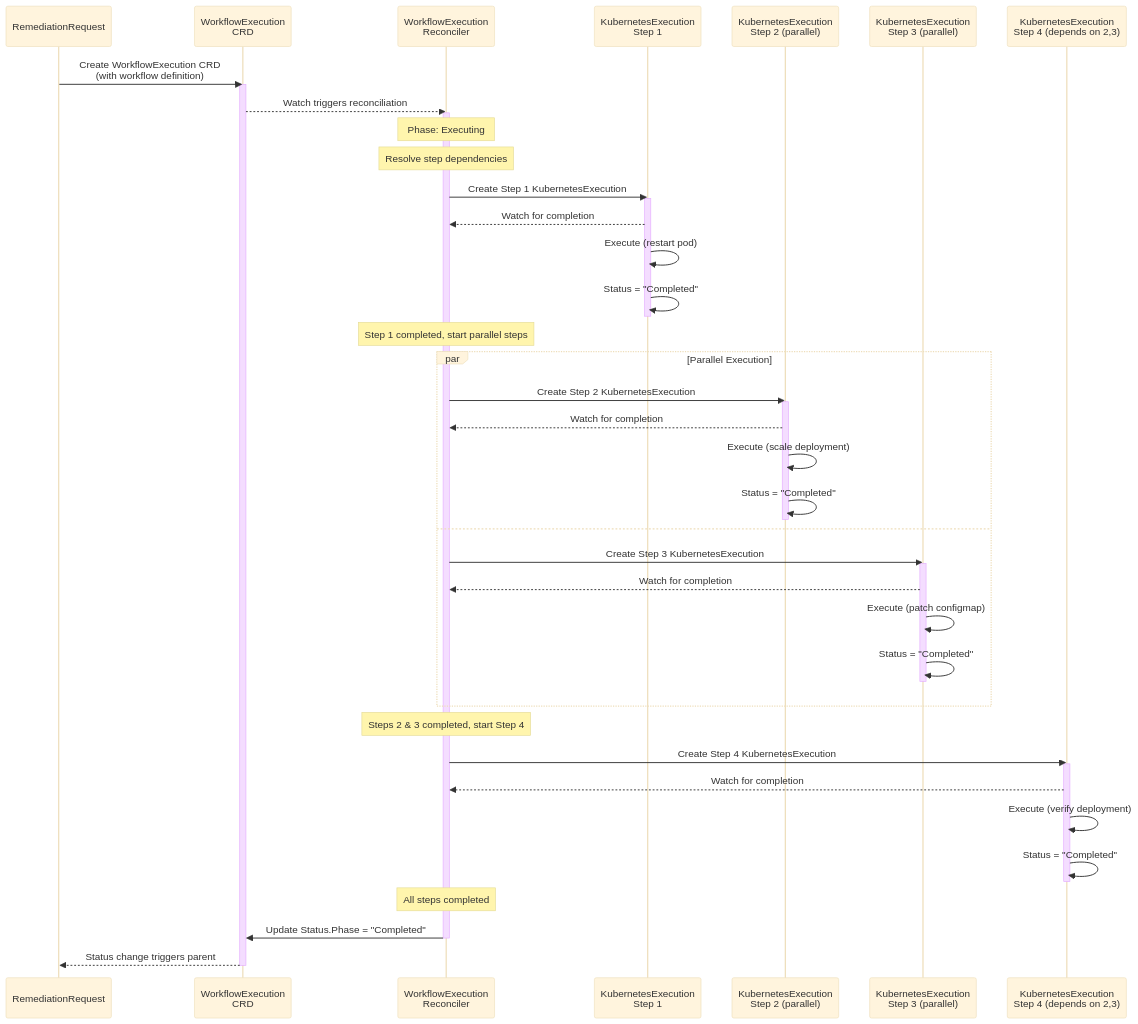
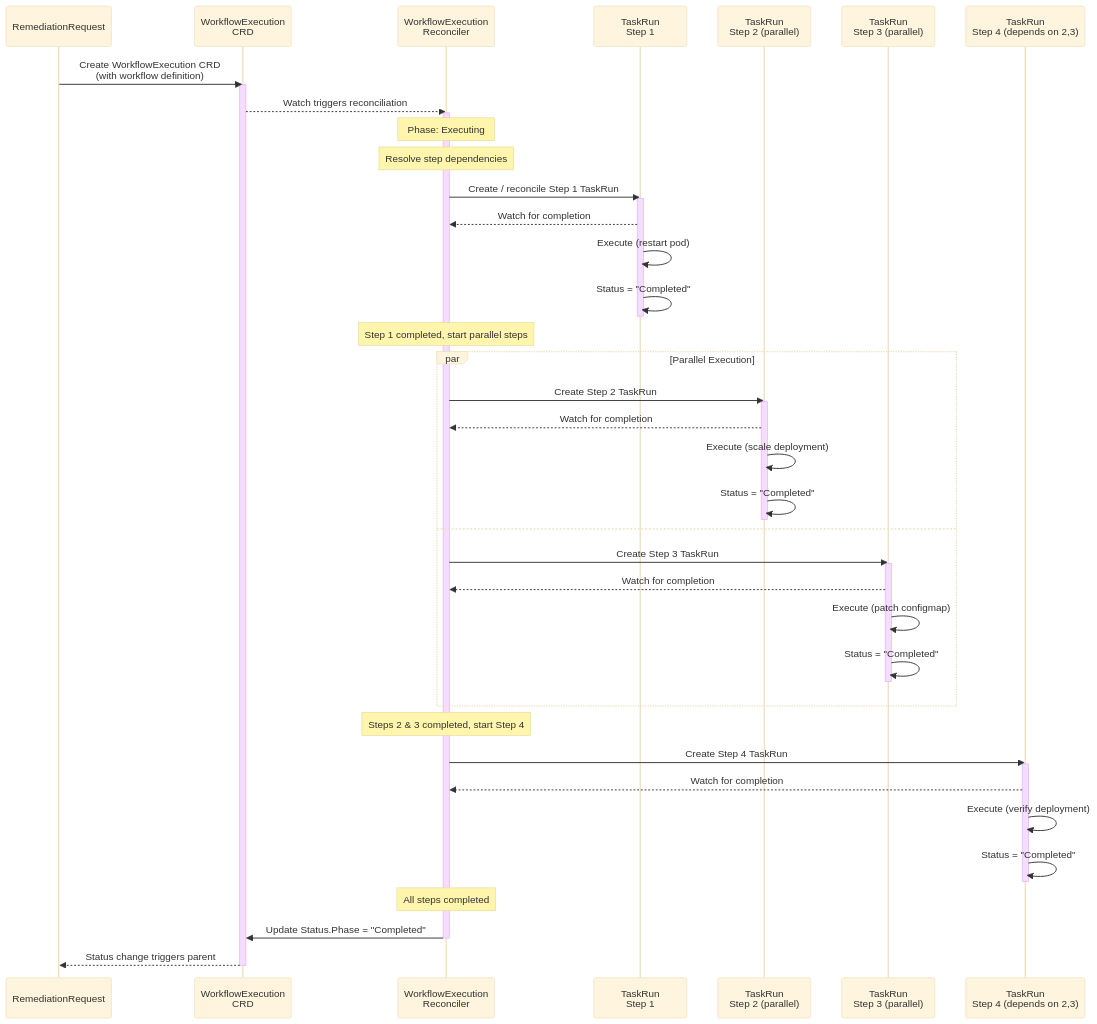
One commit to jordigilh/kubernaut changed the eighth of 13 diagrams in docs/architecture/references/visual-diagrams-master.md. Above: the diagram before and after it, drawn with Mermaid (base theme). The commit also changed other lines of this file and 63 other files, not shown here.

````diff
--- a/docs/architecture/references/visual-diagrams-master.md
+++ b/docs/architecture/references/visual-diagrams-master.md
@@ -299,58 +299,58 @@
 ```mermaid
 sequenceDiagram
     participant AR as RemediationRequest
     participant WE as WorkflowExecution<br/>CRD
     participant Ctrl as WorkflowExecution<br/>Reconciler
-    participant KE1 as KubernetesExecution<br/>Step 1
-    participant KE2 as KubernetesExecution<br/>Step 2 (parallel)
-    participant KE3 as KubernetesExecution<br/>Step 3 (parallel)
-    participant KE4 as KubernetesExecution<br/>Step 4 (depends on 2,3)
+    participant TR1 as TaskRun<br/>Step 1
+    participant TR2 as TaskRun<br/>Step 2 (parallel)
+    participant TR3 as TaskRun<br/>Step 3 (parallel)
+    participant TR4 as TaskRun<br/>Step 4 (depends on 2,3)
 
     AR->>WE: Create WorkflowExecution CRD<br/>(with workflow definition)
     activate WE
     WE-->>Ctrl: Watch triggers reconciliation
     activate Ctrl
 
     Note over Ctrl: Phase: Executing
     Note over Ctrl: Resolve step dependencies
 
-    Ctrl->>KE1: Create Step 1 KubernetesExecution
-    activate KE1
-    KE1-->>Ctrl: Watch for completion
-    KE1->>KE1: Execute (restart pod)
-    KE1->>KE1: Status = "Completed"
-    deactivate KE1
+    Ctrl->>TR1: Create / reconcile Step 1 TaskRun
+    activate TR1
+    TR1-->>Ctrl: Watch for completion
+    TR1->>TR1: Execute (restart pod)
+    TR1->>TR1: Status = "Completed"
+    deactivate TR1
 
     Note over Ctrl: Step 1 completed, start parallel steps
 
     par Parallel Execution
-        Ctrl->>KE2: Create Step 2 KubernetesExecution
-        activate KE2
-        KE2-->>Ctrl: Watch for completion
-        KE2->>KE2: Execute (scale deployment)
-        KE2->>KE2: Status = "Completed"
-        deactivate KE2
+        Ctrl->>TR2: Create Step 2 TaskRun
+        activate TR2
+        TR2-->>Ctrl: Watch for completion
+        TR2->>TR2: Execute (scale deployment)
+        TR2->>TR2: Status = "Completed"
+        deactivate TR2
     and
-        Ctrl->>KE3: Create Step 3 KubernetesExecution
-        activate KE3
-        KE3-->>Ctrl: Watch for completion
-        KE3->>KE3: Execute (patch configmap)
-        KE3->>KE3: Status = "Completed"
-        deactivate KE3
+        Ctrl->>TR3: Create Step 3 TaskRun
+        activate TR3
+        TR3-->>Ctrl: Watch for completion
+        TR3->>TR3: Execute (patch configmap)
+        TR3->>TR3: Status = "Completed"
+        deactivate TR3
     end
 
     Note over Ctrl: Steps 2 & 3 completed, start Step 4
 
-    Ctrl->>KE4: Create Step 4 KubernetesExecution
-    activate KE4
-    KE4-->>Ctrl: Watch for completion
-    KE4->>KE4: Execute (verify deployment)
-    KE4->>KE4: Status = "Completed"
-    deactivate KE4
+    Ctrl->>TR4: Create Step 4 TaskRun
+    activate TR4
+    TR4-->>Ctrl: Watch for completion
+    TR4->>TR4: Execute (verify deployment)
+    TR4->>TR4: Status = "Completed"
+    deactivate TR4
 
     Note over Ctrl: All steps completed
     Ctrl->>WE: Update Status.Phase = "Completed"
     deactivate Ctrl
     WE-->>AR: Status change triggers parent
     deactivate WE
 ```
````
